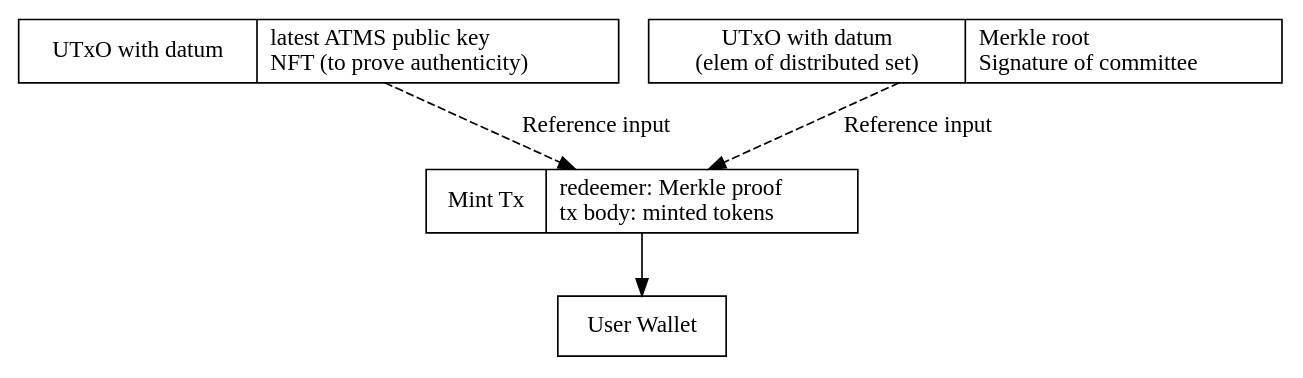
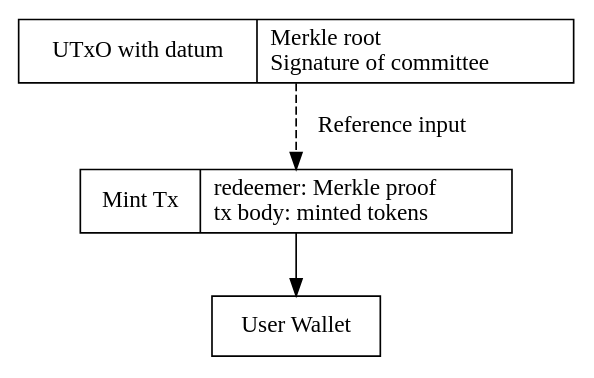
One commit to input-output-hk/partner-chains-smart-contracts changed the diagram in docs/SC-MC.dot. Above: the diagram before and after it, drawn with Graphviz. The commit also changed 4 other files, not shown here.

```diff
--- a/docs/SC-MC.dot
+++ b/docs/SC-MC.dot
@@ -1,30 +1,22 @@
 strict digraph { 
   node [shape=record]
 
-
-  atmsKey [
+  merkleRoot [
     label = "UTxO with datum |
-      latest ATMS public key\l
-      NFT (to prove authenticity)\l
-    "]
-
-  merkleRoot [
-    label = "UTxO with datum\n(elem of distributed set) |
       Merkle root\l
       Signature of committee\l
     "]
 
   burnTx [label = 
     "Mint Tx |
       redeemer: Merkle proof\l
       tx body: minted tokens\l
     "]
 
   wallet [label = "User Wallet"]
 
   burnTx -> wallet
 
-  atmsKey -> burnTx [style = dashed, label = "Reference input"]
   merkleRoot -> burnTx [style = dashed, label = "Reference input"]
 
 }
```
